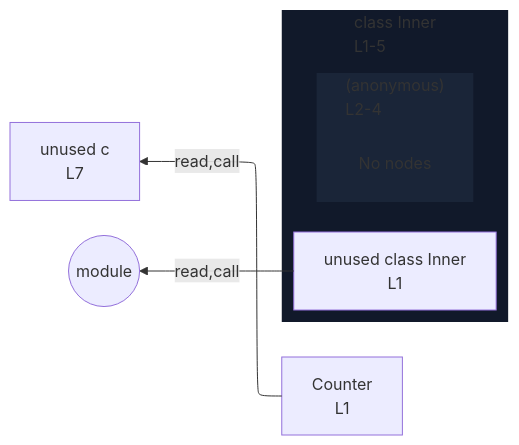
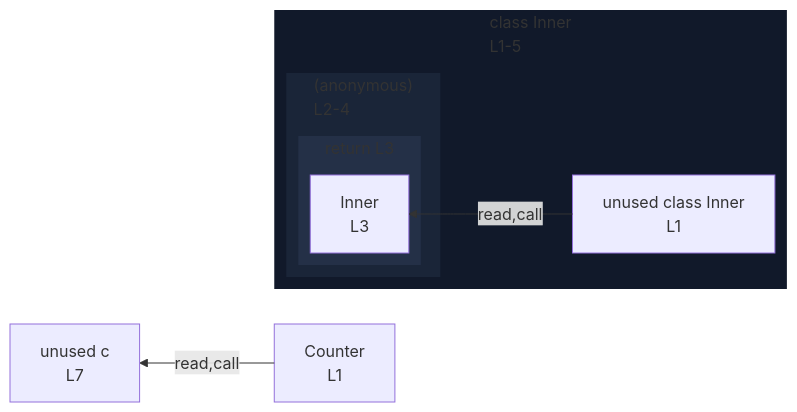
One commit to crescware/unsnarl changed the diagram in integration/fixtures/class/expression/named-self-reference/preview.md. Above: the diagram before and after it, drawn with Mermaid. The commit also changed 34 other files, not shown here.

````diff
--- a/integration/fixtures/class/expression/named-self-reference/preview.md
+++ b/integration/fixtures/class/expression/named-self-reference/preview.md
@@ -17,23 +17,25 @@
 ```mermaid
 %%{init: {"flowchart": {"defaultRenderer": "elk"}}}%%
 flowchart RL
   n_scope_0_Counter_6["Counter<br/>L1"]
   n_scope_0_c_79["unused c<br/>L7"]
   subgraph s_scope_1["class Inner<br/>L1-5"]
     direction RL
     n_scope_1_Inner_22["unused class Inner<br/>L1"]
     subgraph s_scope_2["(anonymous)<br/>L2-4"]
       direction RL
-      elk_empty_s_scope_2["No nodes"]
+      subgraph s_return_scope_2_45_64["return L3"]
+        direction RL
+        ret_use_ref_1["Inner<br/>L3"]
+      end
     end
   end
-  n_scope_1_Inner_22 -->|read,call| module_root
+  n_scope_1_Inner_22 -->|read,call| ret_use_ref_1
   n_scope_0_Counter_6 -->|read,call| n_scope_0_c_79
-  module_root((module))
   classDef nestL1 fill:#11192a,stroke:transparent;
   class s_scope_1 nestL1;
   classDef nestL2 fill:#1a2538,stroke:transparent;
   class s_scope_2 nestL2;
-  classDef elkEmptyPlaceholder fill:transparent,stroke:transparent;
-  class elk_empty_s_scope_2 elkEmptyPlaceholder;
+  classDef nestL3 fill:#243047,stroke:transparent;
+  class s_return_scope_2_45_64 nestL3;
 ```
````
